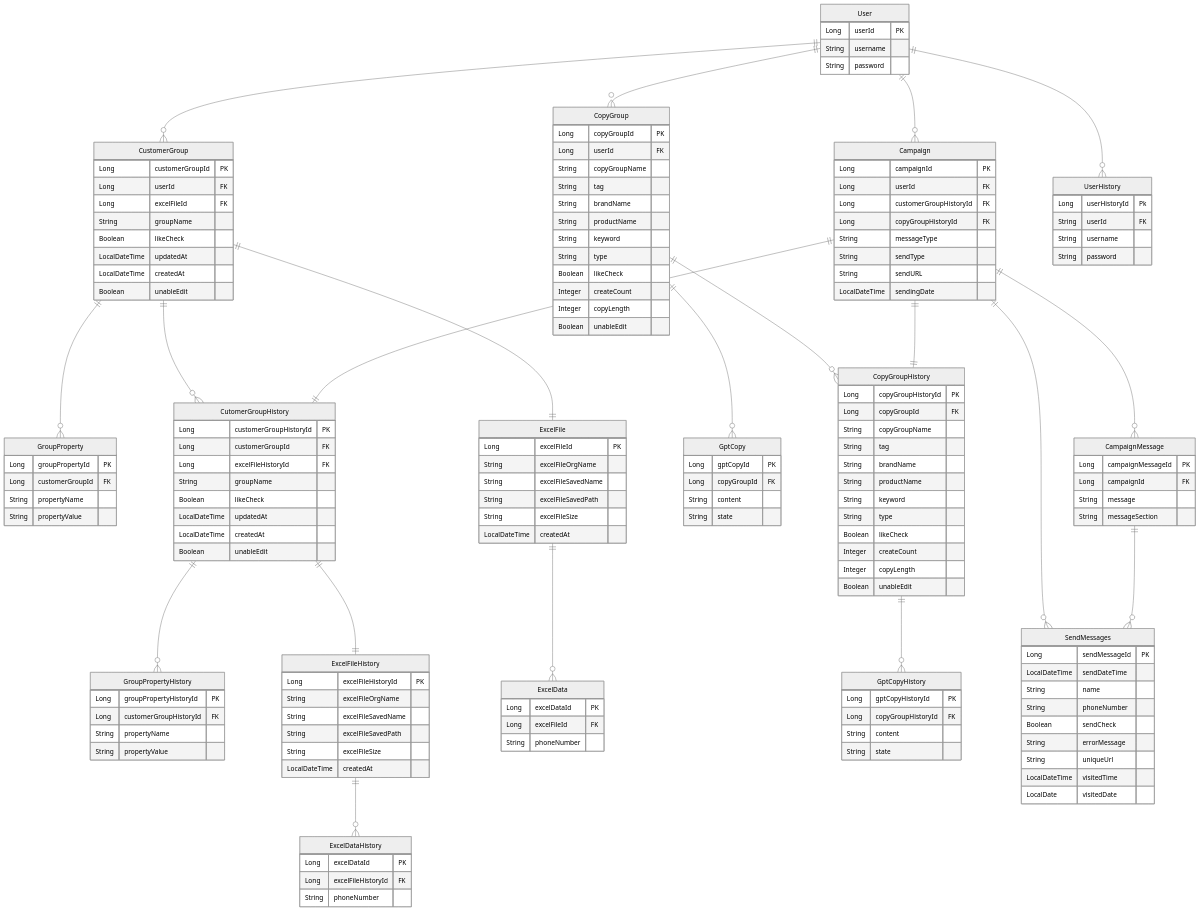
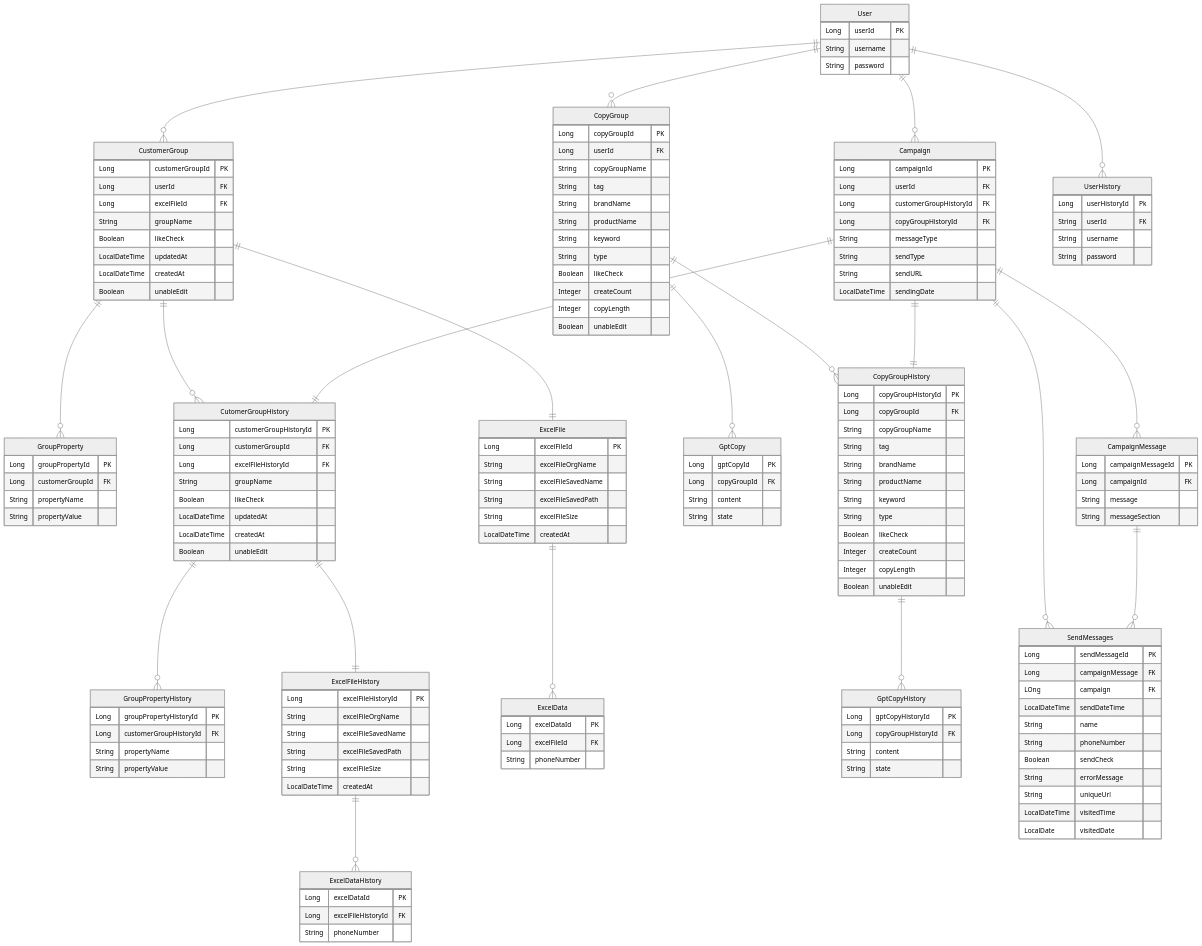
The diagram in README.md (swcamp-teamP03/Backend), drawn with Mermaid (neutral theme) before and after one commit.

```diff
--- a/README.md
+++ b/README.md
@@ -233,6 +233,8 @@
 	}
 	SendMessages {
 		Long sendMessageId PK
+		Long campaignMessage FK
+		LOng campaign FK
     LocalDateTime sendDateTime
 		String name
 	  String phoneNumber
```
